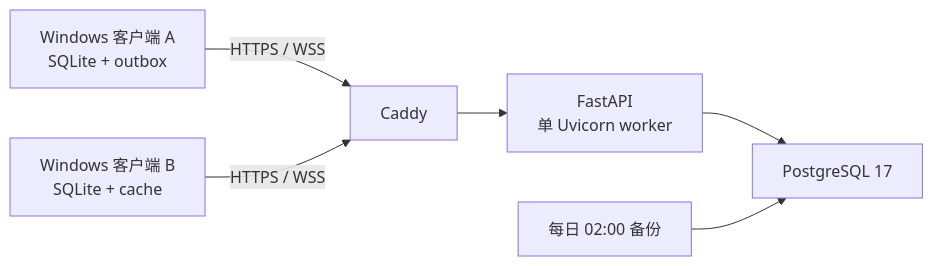
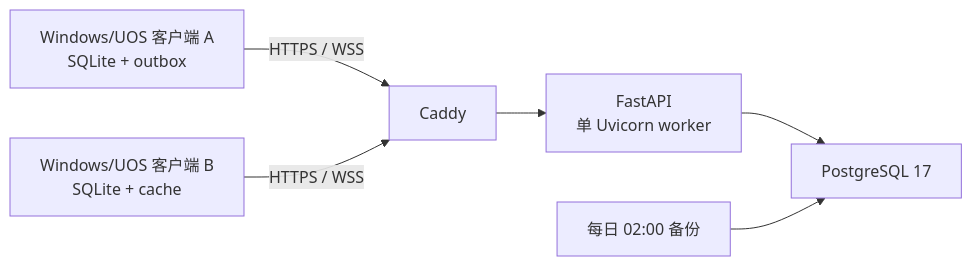
The diagram in README.md (e23Aqiu/intdemo), drawn with Mermaid before and after one commit. The commit also changed other lines of this file and 32 other files, not shown here.

````diff
--- a/README.md
+++ b/README.md
@@ -20,8 +20,8 @@
 ```mermaid
 flowchart LR
-    A["Windows 客户端 A<br/>SQLite + outbox"] -->|HTTPS / WSS| C["Caddy"]
-    B["Windows 客户端 B<br/>SQLite + cache"] -->|HTTPS / WSS| C
+    A["Windows/UOS 客户端 A<br/>SQLite + outbox"] -->|HTTPS / WSS| C["Caddy"]
+    B["Windows/UOS 客户端 B<br/>SQLite + cache"] -->|HTTPS / WSS| C
     C --> D["FastAPI<br/>单 Uvicorn worker"]
     D --> E["PostgreSQL 17"]
     F["每日 02:00 备份"] --> E
 ```
````
